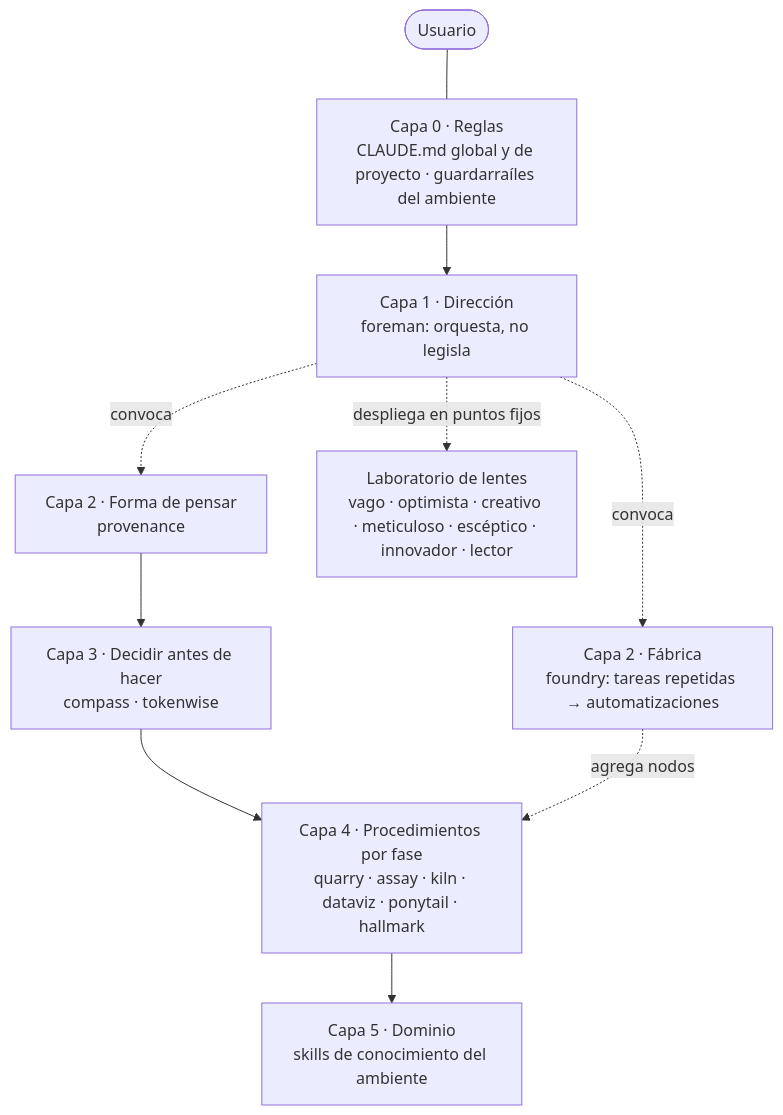
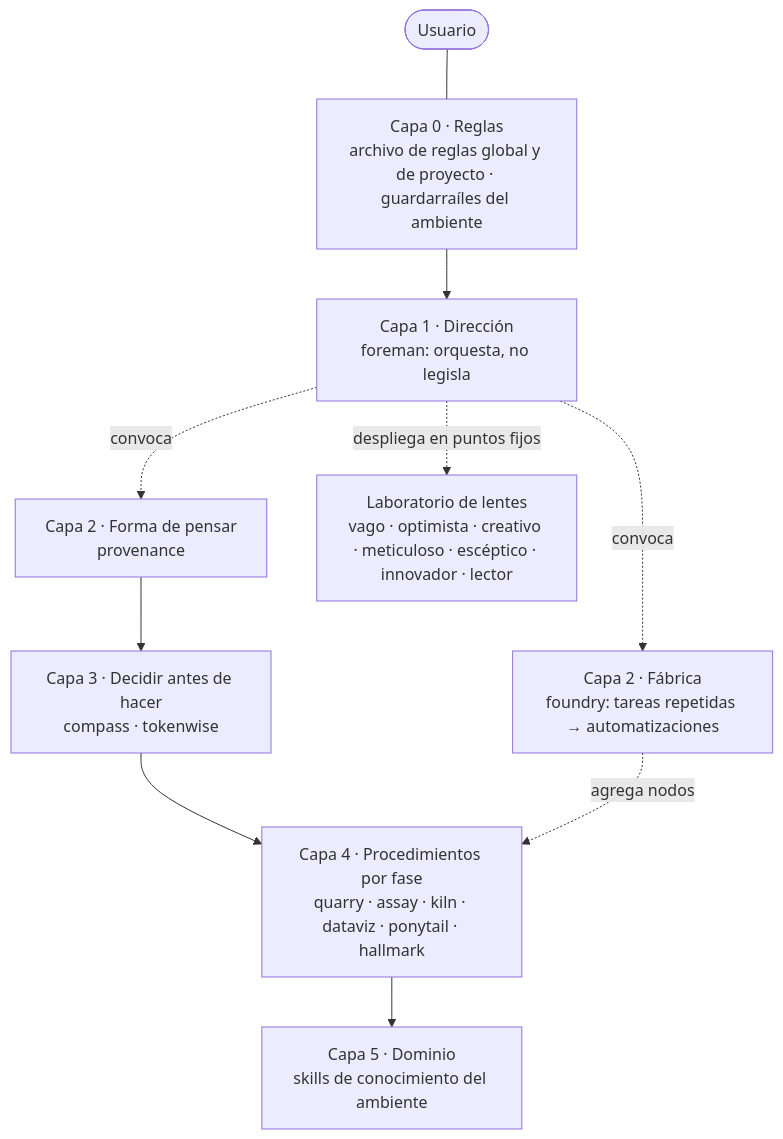
One commit to joacom369/guild changed the first of 2 diagrams in mapa/MAPA.md. Above: the diagram before and after it, drawn with Mermaid. The commit also changed other lines of this file and 34 other files, not shown here.

````diff
--- a/mapa/MAPA.md
+++ b/mapa/MAPA.md
@@ -44,13 +44,13 @@
 ```mermaid
 flowchart TD
   U([Usuario]) --- R
-  R[Capa 0 · Reglas<br/>CLAUDE.md global y de proyecto · guardarraíles del ambiente]
+  R[Capa 0 · Reglas<br/>archivo de reglas global y de proyecto · guardarraíles del ambiente]
   R --> F[Capa 1 · Dirección<br/>foreman: orquesta, no legisla]
   F -. convoca .-> P[Capa 2 · Forma de pensar<br/>provenance]
   F -. convoca .-> FO[Capa 2 · Fábrica<br/>foundry: tareas repetidas → automatizaciones]
   P --> D[Capa 3 · Decidir antes de hacer<br/>compass · tokenwise]
   D --> X[Capa 4 · Procedimientos por fase<br/>quarry · assay · kiln · dataviz · ponytail · hallmark]
   X --> DOM[Capa 5 · Dominio<br/>skills de conocimiento del ambiente]
   FO -. agrega nodos .-> X
   F -. despliega en puntos fijos .-> L[Laboratorio de lentes<br/>vago · optimista · creativo · meticuloso · escéptico · innovador · lector]
 ```
````
